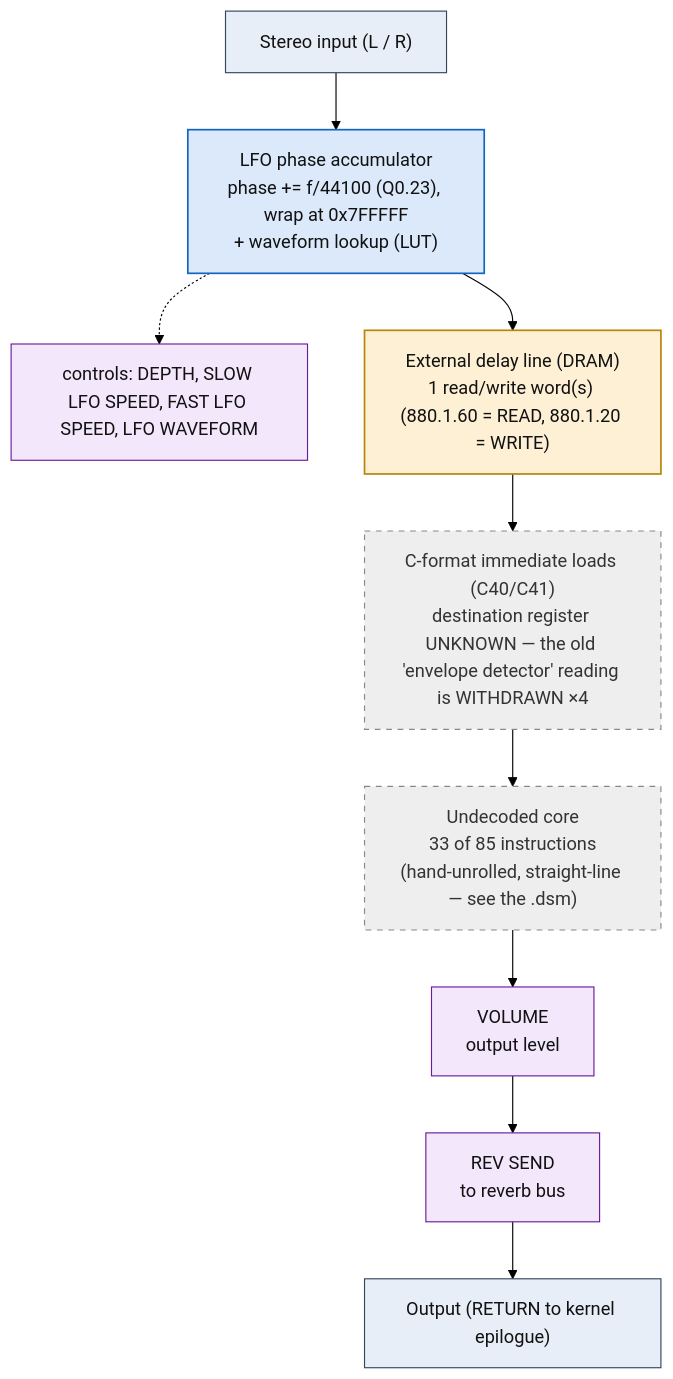
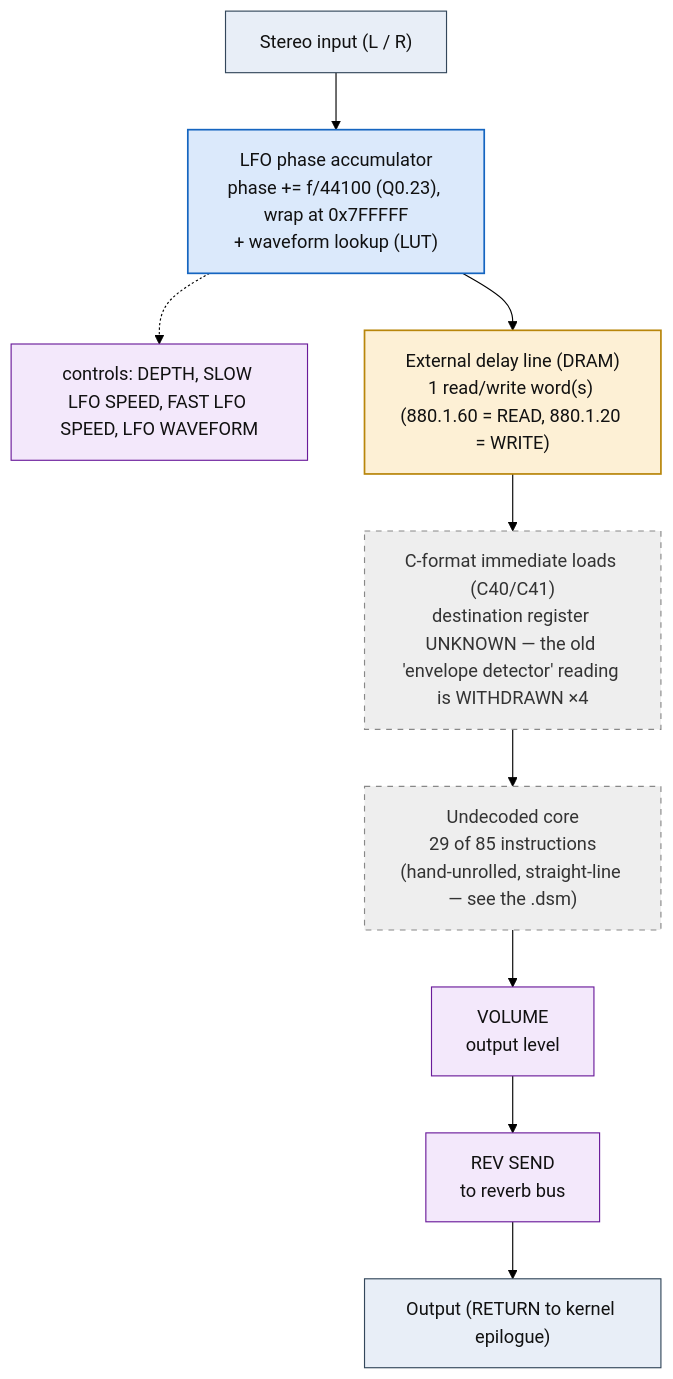
The diagram in dsp/flowcharts/prog02_modulated_chorus.md (ArqueologiaDigital/kn5000-roms-disasm), drawn with Mermaid (forest theme) before and after one commit. The commit also changed other lines of this file and 63 other files, not shown here.

````diff
--- a/dsp/flowcharts/prog02_modulated_chorus.md
+++ b/dsp/flowcharts/prog02_modulated_chorus.md
@@ -12,32 +12,32 @@
 ```mermaid
 flowchart TD
     N0["Stereo input (L / R)"]
     N1["LFO phase accumulator<br/>phase += f/44100 (Q0.23), wrap at 0x7FFFFF<br/>+ waveform lookup (LUT)"]
     N0 --> N1
     N2["controls: DEPTH, SLOW LFO SPEED, FAST LFO SPEED, LFO WAVEFORM"]
     N1 -.-> N2
     N3["External delay line (DRAM)<br/>1 read/write word(s) (880.1.60 = READ, 880.1.20 = WRITE)"]
     N1 --> N3
     N4["C-format immediate loads (C40/C41)<br/>destination register UNKNOWN &mdash; the old 'envelope detector' reading is WITHDRAWN &times;4"]
     N3 --> N4
-    N5["Undecoded core<br/>33 of 85 instructions<br/>(hand-unrolled, straight-line &mdash; see the .dsm)"]
+    N5["Undecoded core<br/>29 of 85 instructions<br/>(hand-unrolled, straight-line &mdash; see the .dsm)"]
     N4 --> N5
     N6["VOLUME<br/>output level"]
     N5 --> N6
     N7["REV SEND<br/>to reverb bus"]
     N6 --> N7
     N8["Output (RETURN to kernel epilogue)"]
     N7 --> N8
 
     classDef io fill:#e8eef7,stroke:#33475b,stroke-width:1px,color:#111;
     classDef proven fill:#d7f0d7,stroke:#2e7d32,stroke-width:2px,color:#111;
     classDef measured fill:#dbe9fb,stroke:#1565c0,stroke-width:1.5px,color:#111;
     classDef inferred fill:#fdf0d5,stroke:#b8860b,stroke-width:1.5px,color:#111;
     classDef open fill:#eeeeee,stroke:#888,stroke-width:1px,color:#333,stroke-dasharray:5 5;
     classDef ctrl fill:#f3e8fb,stroke:#6a1b9a,stroke-width:1px,color:#111;
     class N0,N8 io;
     class N1 measured;
     class N2,N6,N7 ctrl;
     class N3 inferred;
     class N4,N5 open;
 ```
````
